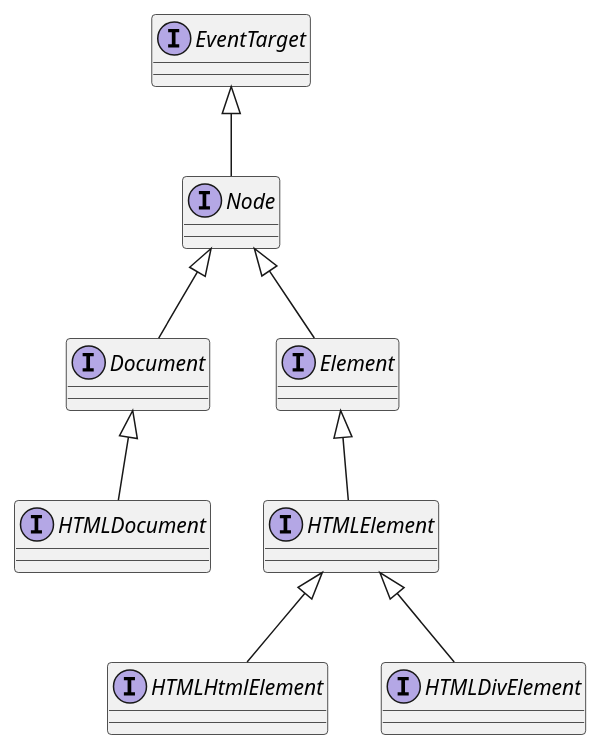
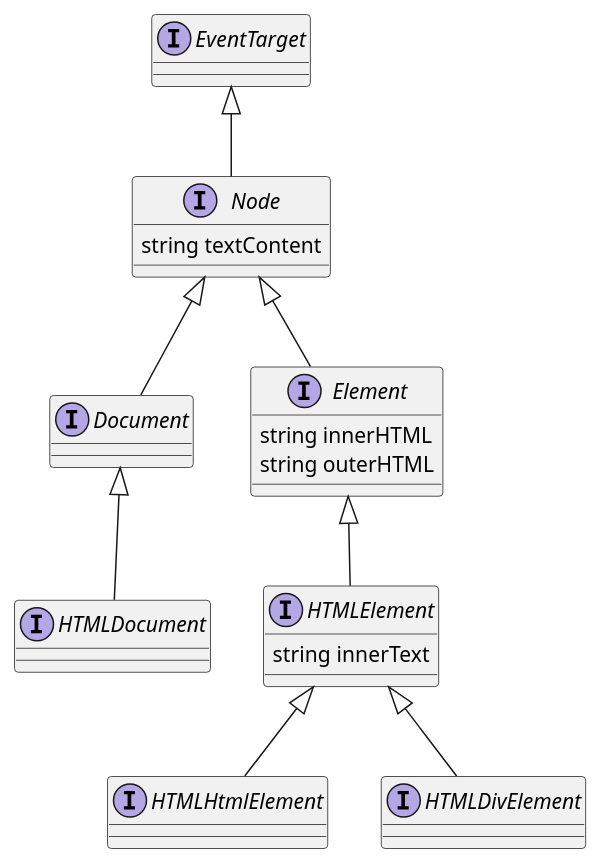
Before and after one commit to TigerWFH/webapp: the second of 2 diagrams in doc/知识累积/Web/web_apis.md, drawn with PlantUML. The commit also changed other lines of this file, not shown here.

Commit message:
feat：元素获取text

````diff
--- a/doc/知识累积/Web/web_apis.md
+++ b/doc/知识累积/Web/web_apis.md
@@ -117,27 +120,38 @@
 ```plantuml
 @startuml DOM类图
 interface EventTarget {}
-interface Node {}
+interface Node {
+    ' 表示一个节点及其后代的文本内容
+    string textContent
+}
 interface Document {}
-interface Element {}
+interface Element {
+    ' 设置或获取HTML语法表示的元素后代
+    string innerHTML
+    ' 设置或获取描述元素（包括后代）的序列化HTML片段
+    string outerHTML
+}
 interface HTMLDocument {}
-interface HTMLElement {}
+interface HTMLElement {
+    ' 获取节点及其后代的渲染文本内容
+    string innerText
+}
 
 interface HTMLHtmlElement {}
 interface HTMLDivElement {}
 
 EventTarget <|-- Node
 
 Node <|-- Document
 Node <|-- Element
 
 Document <|-- HTMLDocument
 
 Element <|-- HTMLElement
 
 HTMLElement <|-- HTMLHtmlElement
 HTMLElement <|-- HTMLDivElement
 
 @enduml
 
 ```
````
